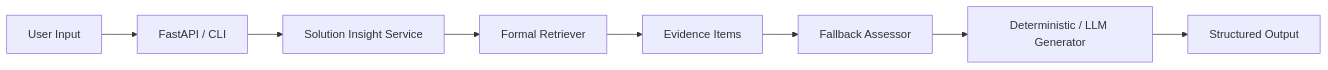
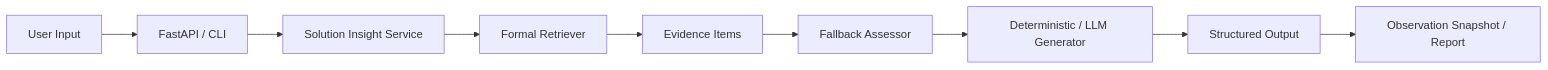
Before and after one commit to Martin-DLC/AI-Solution-Sales-Insight-Agent: the first of 2 diagrams in docs/ARCHITECTURE_OVERVIEW.md, drawn with Mermaid. The commit also changed other lines of this file and 11 other files, not shown here.

````diff
--- a/docs/ARCHITECTURE_OVERVIEW.md
+++ b/docs/ARCHITECTURE_OVERVIEW.md
@@ -14,10 +14,11 @@
 ```mermaid
 flowchart LR
     U[User Input] --> A[FastAPI / CLI]
     A --> B[Solution Insight Service]
     B --> C[Formal Retriever]
     C --> D[Evidence Items]
     D --> E[Fallback Assessor]
     E --> F[Deterministic / LLM Generator]
     F --> G[Structured Output]
+    G --> M[Observation Snapshot / Report]
 ```
````
